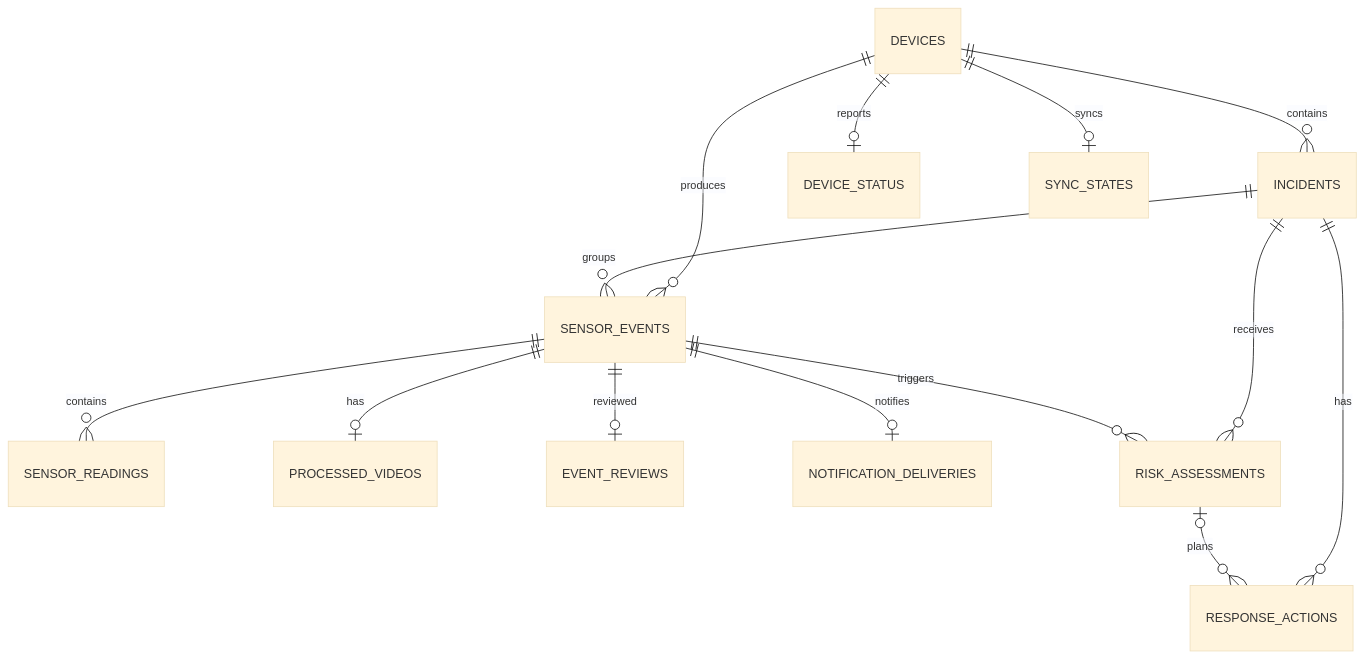
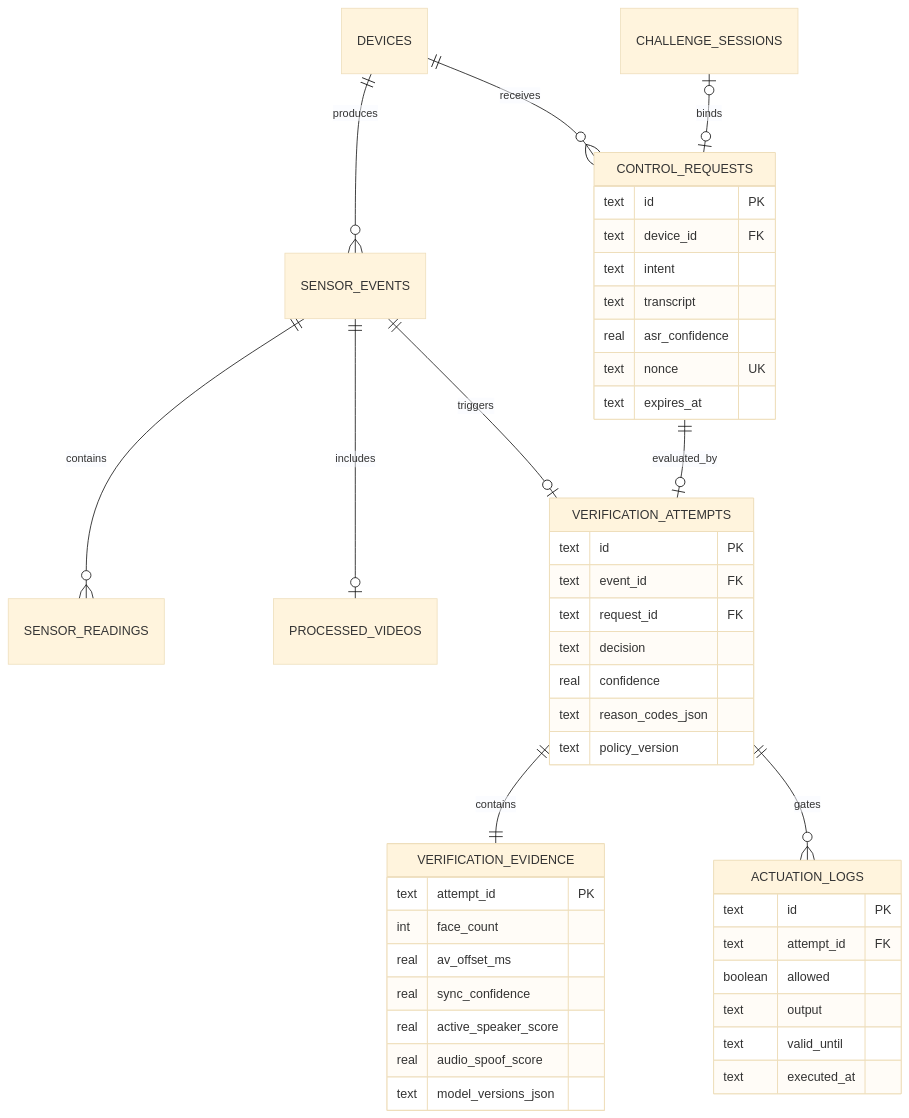
One commit to Uree1229/Risk-ZERO changed the diagram in docs/Diagram/04-data-model-erd.md. Above: the diagram before and after it, drawn with Mermaid (base theme). The commit also changed other lines of this file and 75 other files, not shown here.

Commit message:
Build audio-visual speech verification MVP

````diff
--- a/docs/Diagram/04-data-model-erd.md
+++ b/docs/Diagram/04-data-model-erd.md
@@ -9,18 +5,48 @@
 ```mermaid
 erDiagram
-    DEVICES ||--o{ INCIDENTS : contains
     DEVICES ||--o{ SENSOR_EVENTS : produces
-    DEVICES ||--o| DEVICE_STATUS : reports
-    DEVICES ||--o| SYNC_STATES : syncs
+    DEVICES ||--o{ CONTROL_REQUESTS : receives
+    CHALLENGE_SESSIONS o|--o| CONTROL_REQUESTS : binds
+    SENSOR_EVENTS ||--o{ SENSOR_READINGS : contains
+    SENSOR_EVENTS ||--o| PROCESSED_VIDEOS : includes
+    SENSOR_EVENTS ||--o| VERIFICATION_ATTEMPTS : triggers
+    CONTROL_REQUESTS ||--o| VERIFICATION_ATTEMPTS : evaluated_by
+    VERIFICATION_ATTEMPTS ||--|| VERIFICATION_EVIDENCE : contains
+    VERIFICATION_ATTEMPTS ||--o{ ACTUATION_LOGS : gates
 
-    INCIDENTS ||--o{ SENSOR_EVENTS : groups
-    SENSOR_EVENTS ||--o{ SENSOR_READINGS : contains
-    SENSOR_EVENTS ||--o| PROCESSED_VIDEOS : has
-    SENSOR_EVENTS ||--o| EVENT_REVIEWS : reviewed
-    SENSOR_EVENTS ||--o| NOTIFICATION_DELIVERIES : notifies
-
-    INCIDENTS ||--o{ RISK_ASSESSMENTS : receives
-    SENSOR_EVENTS ||--o{ RISK_ASSESSMENTS : triggers
-    INCIDENTS ||--o{ RESPONSE_ACTIONS : has
-    RISK_ASSESSMENTS o|--o{ RESPONSE_ACTIONS : plans
+    CONTROL_REQUESTS {
+        text id PK
+        text device_id FK
+        text intent
+        text transcript
+        real asr_confidence
+        text nonce UK
+        text expires_at
+    }
+    VERIFICATION_ATTEMPTS {
+        text id PK
+        text event_id FK
+        text request_id FK
+        text decision
+        real confidence
+        text reason_codes_json
+        text policy_version
+    }
+    VERIFICATION_EVIDENCE {
+        text attempt_id PK
+        int face_count
+        real av_offset_ms
+        real sync_confidence
+        real active_speaker_score
+        real audio_spoof_score
+        text model_versions_json
+    }
+    ACTUATION_LOGS {
+        text id PK
+        text attempt_id FK
+        boolean allowed
+        text output
+        text valid_until
+        text executed_at
+    }
 ```
````
